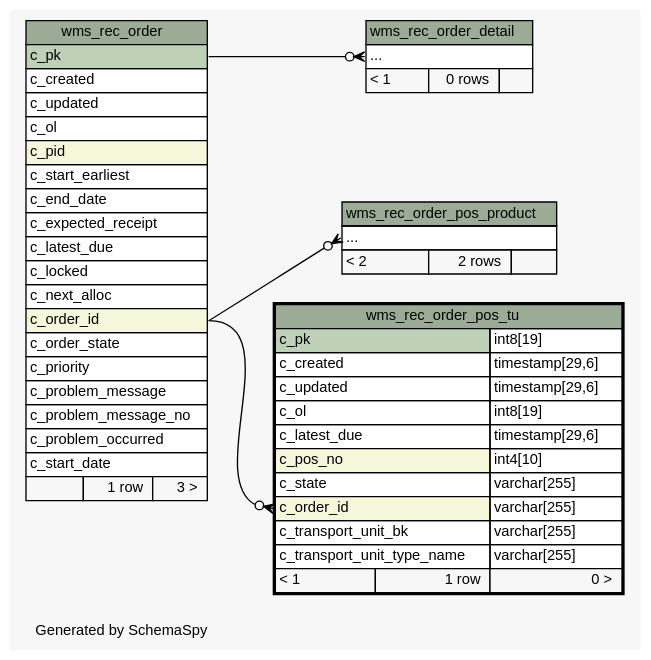
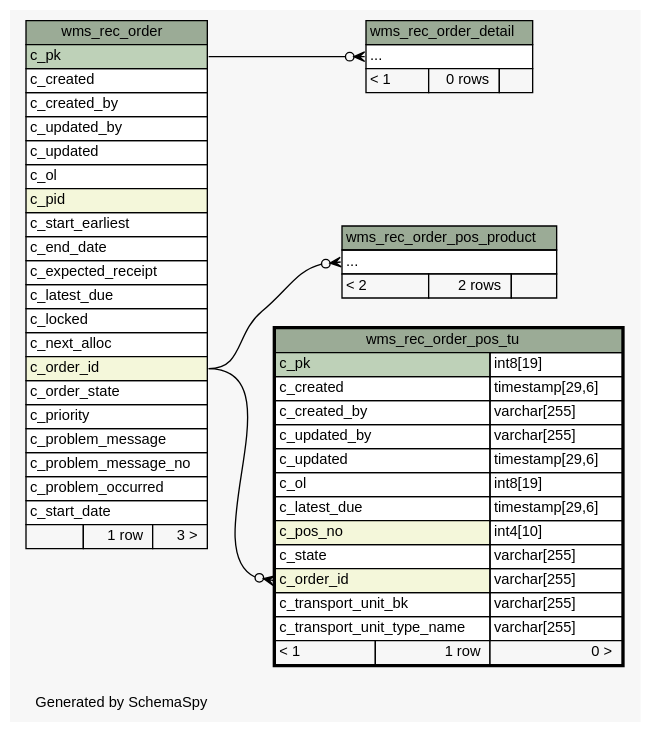
The diagram in 1.0.0-SNAPSHOT/schemaspy/diagrams/wms_rec_order_pos_tu.2degrees.dot (openwms/org.openwms.wms.receiving.lib), drawn with Graphviz before and after one commit. The commit also changed 391 other files, not shown here.

```diff
--- a/1.0.0-SNAPSHOT/schemaspy/diagrams/wms_rec_order_pos_tu.2degrees.dot
+++ b/1.0.0-SNAPSHOT/schemaspy/diagrams/wms_rec_order_pos_tu.2degrees.dot
@@ -1,91 +1,95 @@
-// dot 2.43.0 on Linux 5.13.0-1022-azure
+// dot 2.43.0 on Linux 5.13.0-1025-azure
 // SchemaSpy rev Unknown
 digraph "twoDegreesRelationshipsDiagram" {
   graph [
     rankdir="RL"
     bgcolor="#f7f7f7"
     label="\nGenerated by SchemaSpy"
     labeljust="l"
     nodesep="0.18"
     ranksep="0.46"
     fontname="Helvetica"
     fontsize="11"
   ];
   node [
     fontname="Helvetica"
     fontsize="11"
     shape="plaintext"
   ];
   edge [
     arrowsize="0.8"
   ];
   "wms_rec_order_detail":"elipses":w -> "wms_rec_order":"c_pk":e [arrowhead=none dir=back arrowtail=crowodot];
   "wms_rec_order_pos_product":"elipses":w -> "wms_rec_order":"c_order_id":e [arrowhead=none dir=back arrowtail=crowodot];
   "wms_rec_order_pos_tu":"c_order_id":w -> "wms_rec_order":"c_order_id":e [arrowhead=none dir=back arrowtail=crowodot];
   "wms_rec_order" [
     label=<
     <TABLE BORDER="0" CELLBORDER="1" CELLSPACING="0" BGCOLOR="#ffffff">
       <TR><TD COLSPAN="3" BGCOLOR="#9bab96" ALIGN="CENTER">wms_rec_order</TD></TR>
       <TR><TD PORT="c_pk" COLSPAN="3" BGCOLOR="#bed1b8" ALIGN="LEFT">c_pk</TD></TR>
       <TR><TD PORT="c_created" COLSPAN="3" ALIGN="LEFT">c_created</TD></TR>
+      <TR><TD PORT="c_created_by" COLSPAN="3" ALIGN="LEFT">c_created_by</TD></TR>
+      <TR><TD PORT="c_updated_by" COLSPAN="3" ALIGN="LEFT">c_updated_by</TD></TR>
       <TR><TD PORT="c_updated" COLSPAN="3" ALIGN="LEFT">c_updated</TD></TR>
       <TR><TD PORT="c_ol" COLSPAN="3" ALIGN="LEFT">c_ol</TD></TR>
       <TR><TD PORT="c_pid" COLSPAN="3" BGCOLOR="#f4f7da" ALIGN="LEFT">c_pid</TD></TR>
       <TR><TD PORT="c_start_earliest" COLSPAN="3" ALIGN="LEFT">c_start_earliest</TD></TR>
       <TR><TD PORT="c_end_date" COLSPAN="3" ALIGN="LEFT">c_end_date</TD></TR>
       <TR><TD PORT="c_expected_receipt" COLSPAN="3" ALIGN="LEFT">c_expected_receipt</TD></TR>
       <TR><TD PORT="c_latest_due" COLSPAN="3" ALIGN="LEFT">c_latest_due</TD></TR>
       <TR><TD PORT="c_locked" COLSPAN="3" ALIGN="LEFT">c_locked</TD></TR>
       <TR><TD PORT="c_next_alloc" COLSPAN="3" ALIGN="LEFT">c_next_alloc</TD></TR>
       <TR><TD PORT="c_order_id" COLSPAN="3" BGCOLOR="#f4f7da" ALIGN="LEFT">c_order_id</TD></TR>
       <TR><TD PORT="c_order_state" COLSPAN="3" ALIGN="LEFT">c_order_state</TD></TR>
       <TR><TD PORT="c_priority" COLSPAN="3" ALIGN="LEFT">c_priority</TD></TR>
       <TR><TD PORT="c_problem_message" COLSPAN="3" ALIGN="LEFT">c_problem_message</TD></TR>
       <TR><TD PORT="c_problem_message_no" COLSPAN="3" ALIGN="LEFT">c_problem_message_no</TD></TR>
       <TR><TD PORT="c_problem_occurred" COLSPAN="3" ALIGN="LEFT">c_problem_occurred</TD></TR>
       <TR><TD PORT="c_start_date" COLSPAN="3" ALIGN="LEFT">c_start_date</TD></TR>
       <TR><TD ALIGN="LEFT" BGCOLOR="#f7f7f7">  </TD><TD ALIGN="RIGHT" BGCOLOR="#f7f7f7">1 row</TD><TD ALIGN="RIGHT" BGCOLOR="#f7f7f7">3 &gt;</TD></TR>
     </TABLE>>
     URL="wms_rec_order.html"
     tooltip="wms_rec_order"
   ];
   "wms_rec_order_detail" [
     label=<
     <TABLE BORDER="0" CELLBORDER="1" CELLSPACING="0" BGCOLOR="#ffffff">
       <TR><TD COLSPAN="3" BGCOLOR="#9bab96" ALIGN="CENTER">wms_rec_order_detail</TD></TR>
       <TR><TD PORT="elipses" COLSPAN="3" ALIGN="LEFT">...</TD></TR>
       <TR><TD ALIGN="LEFT" BGCOLOR="#f7f7f7">&lt; 1</TD><TD ALIGN="RIGHT" BGCOLOR="#f7f7f7">0 rows</TD><TD ALIGN="RIGHT" BGCOLOR="#f7f7f7">  </TD></TR>
     </TABLE>>
     URL="wms_rec_order_detail.html"
     tooltip="wms_rec_order_detail"
   ];
   "wms_rec_order_pos_product" [
     label=<
     <TABLE BORDER="0" CELLBORDER="1" CELLSPACING="0" BGCOLOR="#ffffff">
       <TR><TD COLSPAN="3" BGCOLOR="#9bab96" ALIGN="CENTER">wms_rec_order_pos_product</TD></TR>
       <TR><TD PORT="elipses" COLSPAN="3" ALIGN="LEFT">...</TD></TR>
       <TR><TD ALIGN="LEFT" BGCOLOR="#f7f7f7">&lt; 2</TD><TD ALIGN="RIGHT" BGCOLOR="#f7f7f7">2 rows</TD><TD ALIGN="RIGHT" BGCOLOR="#f7f7f7">  </TD></TR>
     </TABLE>>
     URL="wms_rec_order_pos_product.html"
     tooltip="wms_rec_order_pos_product"
   ];
   "wms_rec_order_pos_tu" [
     label=<
     <TABLE BORDER="2" CELLBORDER="1" CELLSPACING="0" BGCOLOR="#ffffff">
       <TR><TD COLSPAN="3" BGCOLOR="#9bab96" ALIGN="CENTER">wms_rec_order_pos_tu</TD></TR>
       <TR><TD PORT="c_pk" COLSPAN="2" BGCOLOR="#bed1b8" ALIGN="LEFT">c_pk</TD><TD PORT="c_pk.type" ALIGN="LEFT">int8[19]</TD></TR>
       <TR><TD PORT="c_created" COLSPAN="2" ALIGN="LEFT">c_created</TD><TD PORT="c_created.type" ALIGN="LEFT">timestamp[29,6]</TD></TR>
+      <TR><TD PORT="c_created_by" COLSPAN="2" ALIGN="LEFT">c_created_by</TD><TD PORT="c_created_by.type" ALIGN="LEFT">varchar[255]</TD></TR>
+      <TR><TD PORT="c_updated_by" COLSPAN="2" ALIGN="LEFT">c_updated_by</TD><TD PORT="c_updated_by.type" ALIGN="LEFT">varchar[255]</TD></TR>
       <TR><TD PORT="c_updated" COLSPAN="2" ALIGN="LEFT">c_updated</TD><TD PORT="c_updated.type" ALIGN="LEFT">timestamp[29,6]</TD></TR>
       <TR><TD PORT="c_ol" COLSPAN="2" ALIGN="LEFT">c_ol</TD><TD PORT="c_ol.type" ALIGN="LEFT">int8[19]</TD></TR>
       <TR><TD PORT="c_latest_due" COLSPAN="2" ALIGN="LEFT">c_latest_due</TD><TD PORT="c_latest_due.type" ALIGN="LEFT">timestamp[29,6]</TD></TR>
       <TR><TD PORT="c_pos_no" COLSPAN="2" BGCOLOR="#f4f7da" ALIGN="LEFT">c_pos_no</TD><TD PORT="c_pos_no.type" ALIGN="LEFT">int4[10]</TD></TR>
       <TR><TD PORT="c_state" COLSPAN="2" ALIGN="LEFT">c_state</TD><TD PORT="c_state.type" ALIGN="LEFT">varchar[255]</TD></TR>
       <TR><TD PORT="c_order_id" COLSPAN="2" BGCOLOR="#f4f7da" ALIGN="LEFT">c_order_id</TD><TD PORT="c_order_id.type" ALIGN="LEFT">varchar[255]</TD></TR>
       <TR><TD PORT="c_transport_unit_bk" COLSPAN="2" ALIGN="LEFT">c_transport_unit_bk</TD><TD PORT="c_transport_unit_bk.type" ALIGN="LEFT">varchar[255]</TD></TR>
       <TR><TD PORT="c_transport_unit_type_name" COLSPAN="2" ALIGN="LEFT">c_transport_unit_type_name</TD><TD PORT="c_transport_unit_type_name.type" ALIGN="LEFT">varchar[255]</TD></TR>
       <TR><TD ALIGN="LEFT" BGCOLOR="#f7f7f7">&lt; 1</TD><TD ALIGN="RIGHT" BGCOLOR="#f7f7f7">1 row</TD><TD ALIGN="RIGHT" BGCOLOR="#f7f7f7">0 &gt;</TD></TR>
     </TABLE>>
     URL="wms_rec_order_pos_tu.html"
     tooltip="wms_rec_order_pos_tu"
   ];
 }
```
